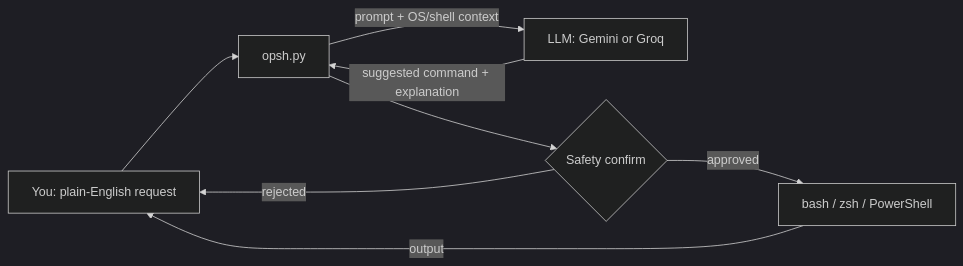
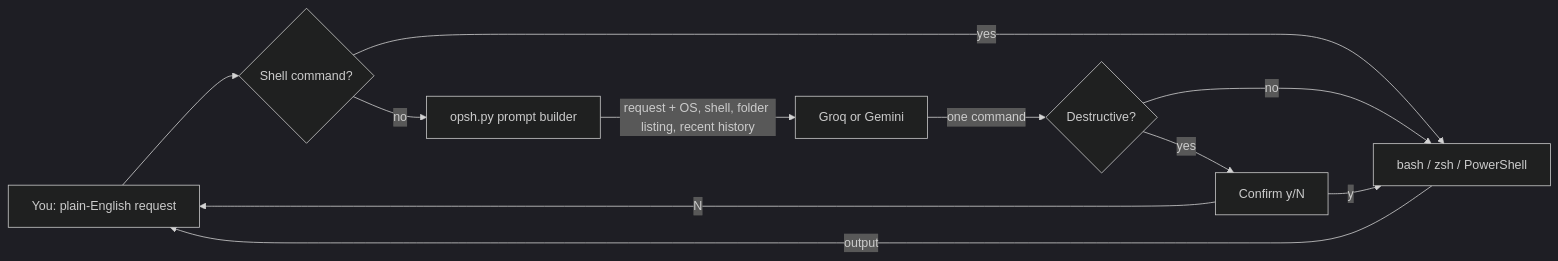
The diagram in README.md (muhib-karim/OpenSH), drawn with Mermaid (dark theme) before and after one commit. The commit also changed other lines of this file and 9 other files, not shown here.

Commit message:
v0.3.0: safety guard for destructive commands, tests, full docs (#2)

````diff
--- a/README.md
+++ b/README.md
@@ -103,10 +108,13 @@
 ```mermaid
 flowchart LR
-  U[You: plain-English request] --> O[opsh.py]
-  O -->|prompt + OS/shell context| L[LLM: Gemini or Groq]
-  L -->|suggested command + explanation| O
-  O --> C{Safety confirm}
-  C -->|approved| S[bash / zsh / PowerShell]
-  C -->|rejected| U
+  U[You: plain-English request] --> D{Shell command?}
+  D -->|yes| S[bash / zsh / PowerShell]
+  D -->|no| O[opsh.py prompt builder]
+  O -->|request + OS, shell, folder listing, recent history| L[Groq or Gemini]
+  L -->|one command| G{Destructive?}
+  G -->|no| S
+  G -->|yes| C[Confirm y/N]
+  C -->|y| S
+  C -->|N| U
   S -->|output| U
 ```
````
